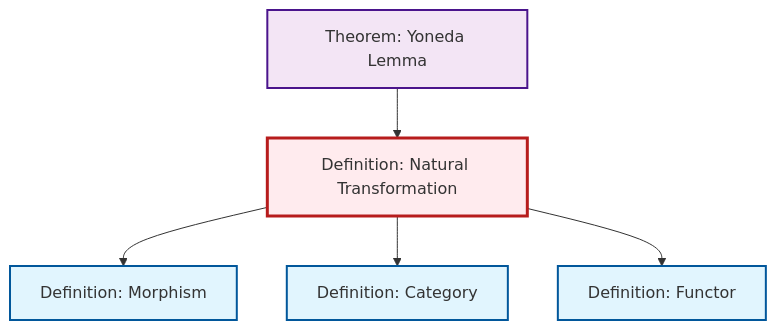
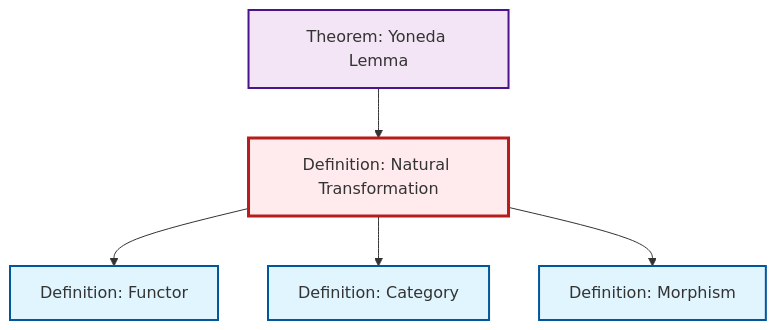
Before and after one commit to RK0429/ModernMath: the diagram in output/mermaid/def-natural-transformation.mermaid, drawn with Mermaid. The commit also changed other lines of this file and 1245 other files, not shown here.

```diff
--- a/output/mermaid/def-natural-transformation.mermaid
+++ b/output/mermaid/def-natural-transformation.mermaid
@@ -1,17 +1,17 @@
 %%| fig-cap: "Local dependency graph"
 graph TD
     classDef definition fill:#e1f5fe,stroke:#01579b,stroke-width:2px
     classDef theorem fill:#f3e5f5,stroke:#4a148c,stroke-width:2px
     classDef axiom fill:#fff3e0,stroke:#e65100,stroke-width:2px
     classDef example fill:#e8f5e9,stroke:#1b5e20,stroke-width:2px
     classDef current fill:#ffebee,stroke:#b71c1c,stroke-width:3px
+    def-functor["Definition: Functor"]:::definition
+    def-natural-transformation["Definition: Natural Transformation"]:::definition
+    def-morphism["Definition: Morphism"]:::definition
     def-category["Definition: Category"]:::definition
-    def-natural-transformation["Definition: Natural Transformation"]:::definition
-    def-functor["Definition: Functor"]:::definition
-    def-morphism["Definition: Morphism"]:::definition
     thm-yoneda["Theorem: Yoneda Lemma"]:::theorem
+    def-natural-transformation --> def-functor
+    def-natural-transformation --> def-category
+    thm-yoneda --> def-natural-transformation
     def-natural-transformation --> def-morphism
-    def-natural-transformation --> def-category
-    def-natural-transformation --> def-functor
-    thm-yoneda --> def-natural-transformation
     class def-natural-transformation current
```
